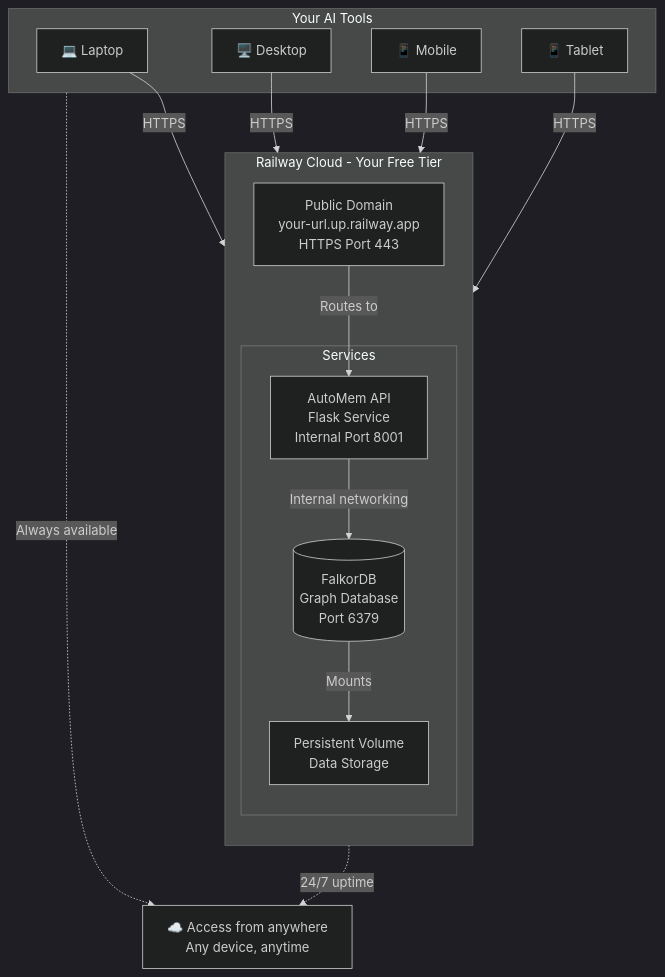
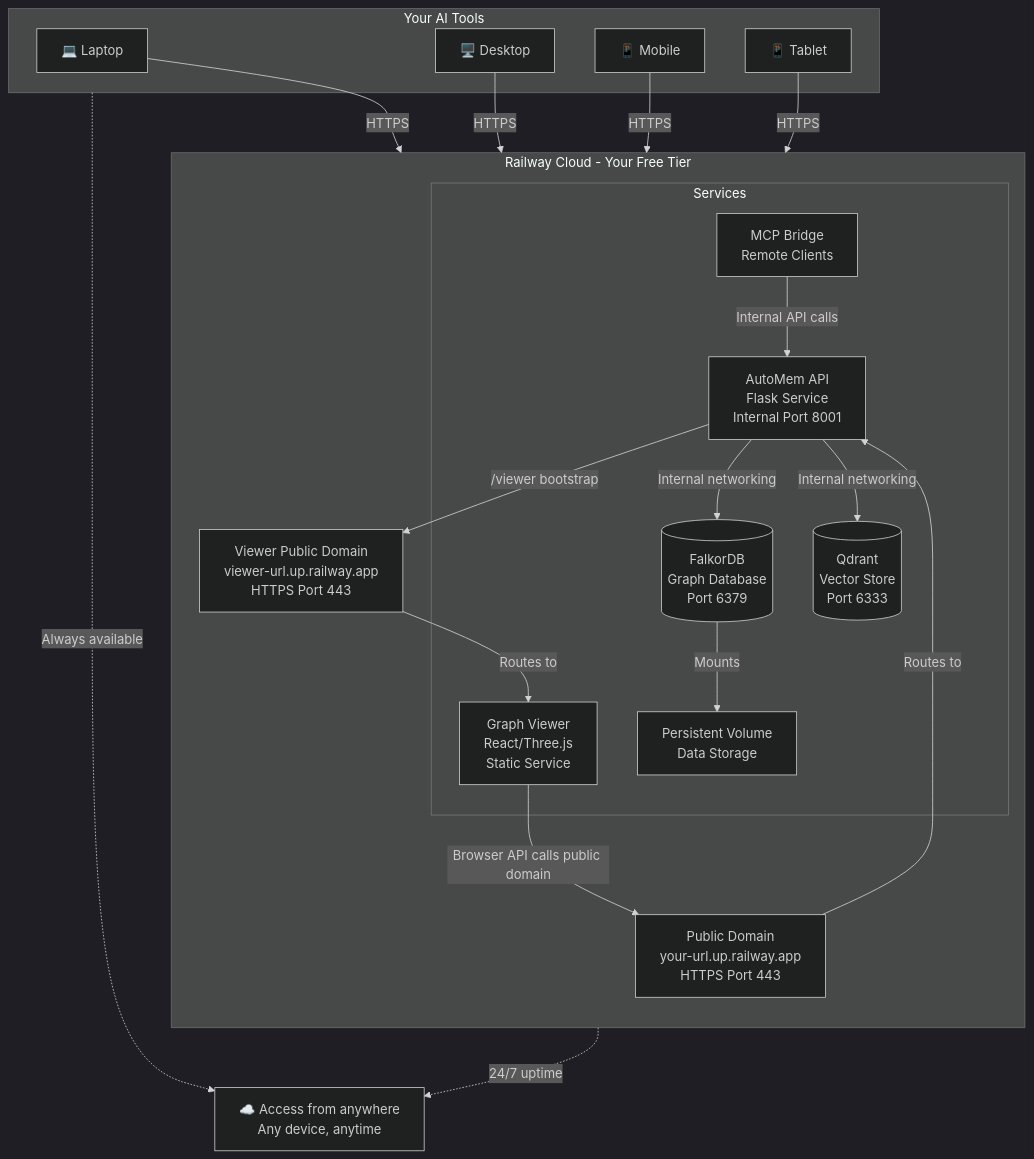
One commit to verygoodplugins/automem changed the diagram in INSTALLATION.md. Above: the diagram before and after it, drawn with Mermaid (dark theme). The commit also changed other lines of this file and 40 other files, not shown here.

````diff
--- a/INSTALLATION.md
+++ b/INSTALLATION.md
@@ -246,35 +272,44 @@
 ```mermaid
 flowchart TB
     subgraph devices [Your AI Tools]
         Laptop[💻 Laptop]
         Desktop[🖥️ Desktop]
         Mobile[📱 Mobile]
         Tablet[📱 Tablet]
     end
 
     subgraph railway [Railway Cloud - Your Free Tier]
         direction TB
 
         Domain[Public Domain<br/>your-url.up.railway.app<br/>HTTPS Port 443]
+        ViewerDomain[Viewer Public Domain<br/>viewer-url.up.railway.app<br/>HTTPS Port 443]
 
         subgraph services [Services]
             API[AutoMem API<br/>Flask Service<br/>Internal Port 8001]
+            Viewer[Graph Viewer<br/>React/Three.js<br/>Static Service]
+            MCP[MCP Bridge<br/>Remote Clients]
             FalkorDB[(FalkorDB<br/>Graph Database<br/>Port 6379)]
+            Qdrant[(Qdrant<br/>Vector Store<br/>Port 6333)]
             Volume[Persistent Volume<br/>Data Storage]
         end
 
         Domain -->|Routes to| API
+        ViewerDomain -->|Routes to| Viewer
+        API -->|/viewer bootstrap| ViewerDomain
+        Viewer -->|Browser API calls public domain| Domain
+        MCP -->|Internal API calls| API
         API -->|Internal networking| FalkorDB
+        API -->|Internal networking| Qdrant
         FalkorDB -->|Mounts| Volume
     end
 
     Laptop -->|HTTPS| Domain
     Desktop -->|HTTPS| Domain
     Mobile -->|HTTPS| Domain
     Tablet -->|HTTPS| Domain
 
     Cloud[☁️ Access from anywhere<br/>Any device, anytime]
 
     devices -.->|Always available| Cloud
     railway -.->|24/7 uptime| Cloud
 ```
````
